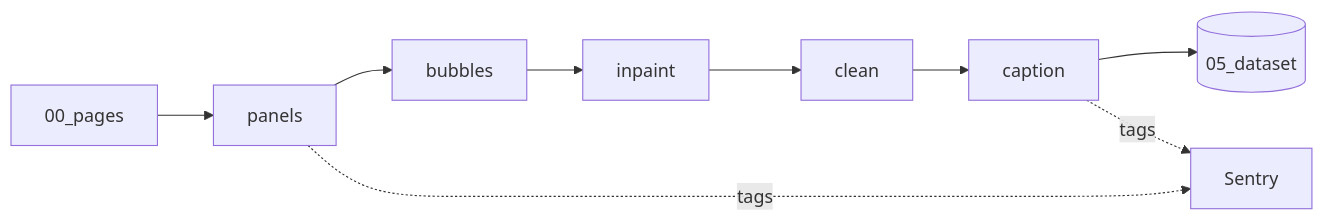
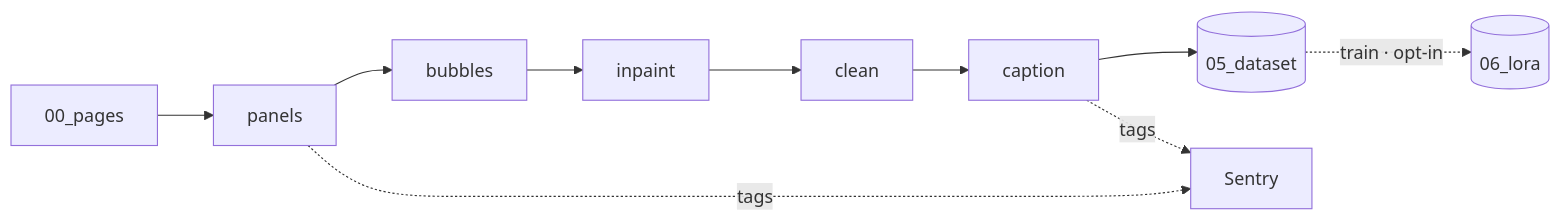
One commit to hleserg/make-style-dataset changed the diagram in docs/architecture/SYSTEM.md. Above: the diagram before and after it, drawn with Mermaid. The commit also changed other lines of this file and 5 other files, not shown here.

First line of the commit message:
docs(train): document the train stage across guide + architecture [T5]

````diff
--- a/docs/architecture/SYSTEM.md
+++ b/docs/architecture/SYSTEM.md
@@ -37,6 +43,7 @@
 ```mermaid
 flowchart LR
     In[00_pages] --> panels --> bubbles --> inpaint --> clean --> caption --> DS[(05_dataset)]
+    DS -.->|train · opt-in| L[(06_lora)]
     panels -.tags.-> Sentry
     caption -.tags.-> Sentry
 ```
````
